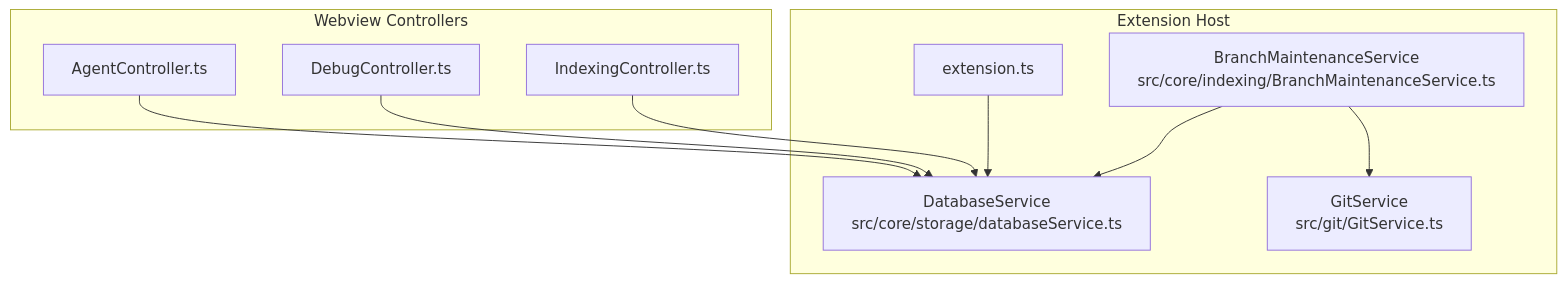
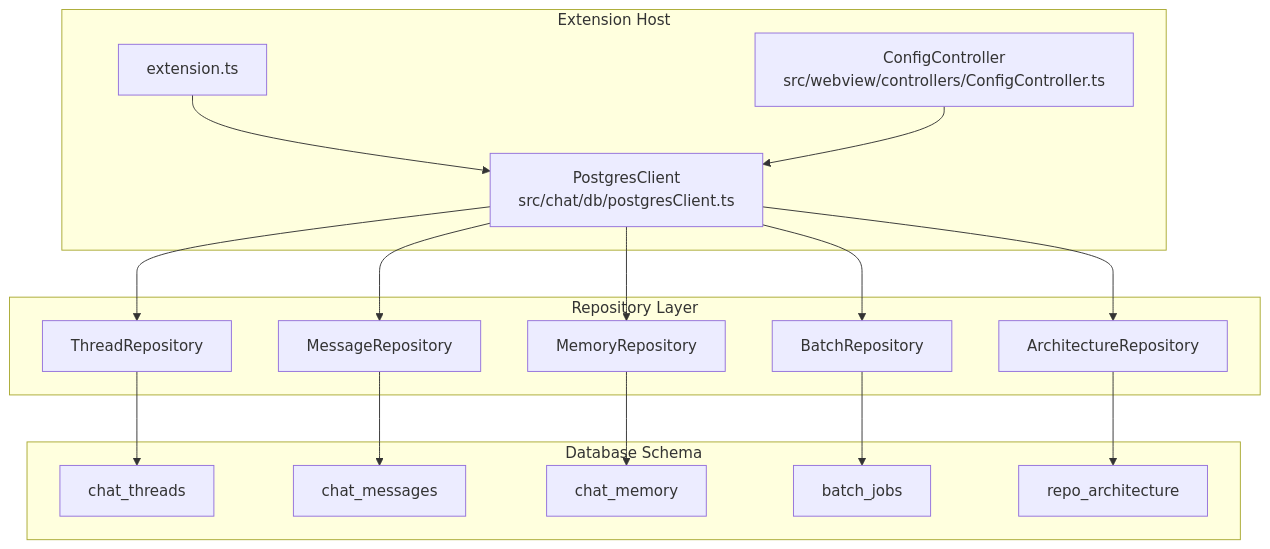
Before and after one commit to bramburn/repomix-runner: the first of 3 diagrams in .qoder/repowiki/en/content/Storage System/Database Service.md, drawn with Mermaid. The commit also changed other lines of this file and 40 other files, not shown here.

First line of the commit message:
feat(storage): migrate chat persistence to PostgreSQL

````diff
--- a/.qoder/repowiki/en/content/Storage System/Database Service.md
+++ b/.qoder/repowiki/en/content/Storage System/Database Service.md
@@ -44,20 +47,34 @@
 ```mermaid
 graph TB
 subgraph "Extension Host"
 EXT["extension.ts"]
-DB["DatabaseService<br/>src/core/storage/databaseService.ts"]
-BMS["BranchMaintenanceService<br/>src/core/indexing/BranchMaintenanceService.ts"]
-GS["GitService<br/>src/git/GitService.ts"]
+PG["PostgresClient<br/>src/chat/db/postgresClient.ts"]
+CC["ConfigController<br/>src/webview/controllers/ConfigController.ts"]
 end
-subgraph "Webview Controllers"
-AC["AgentController.ts"]
-DC["DebugController.ts"]
-IC["IndexingController.ts"]
+subgraph "Repository Layer"
+TR["ThreadRepository"]
+MR["MessageRepository"]
+MEMR["MemoryRepository"]
+BR["BatchRepository"]
+AR["ArchitectureRepository"]
 end
-EXT --> DB
-AC --> DB
-DC --> DB
-IC --> DB
-BMS --> DB
-BMS --> GS
+subgraph "Database Schema"
+THREADS["chat_threads"]
+MESSAGES["chat_messages"]
+MEMORY["chat_memory"]
+BATCH["batch_jobs"]
+ARCH["repo_architecture"]
+end
+EXT --> PG
+PG --> TR
+PG --> MR
+PG --> MEMR
+PG --> BR
+PG --> AR
+TR --> THREADS
+MR --> MESSAGES
+MEMR --> MEMORY
+BR --> BATCH
+AR --> ARCH
+CC --> PG
 ```
````
